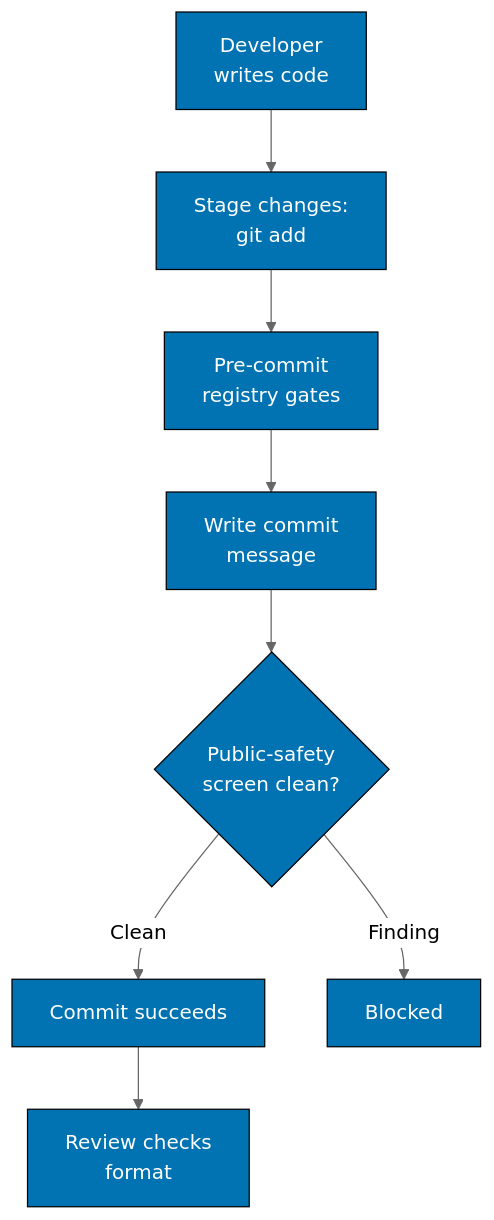
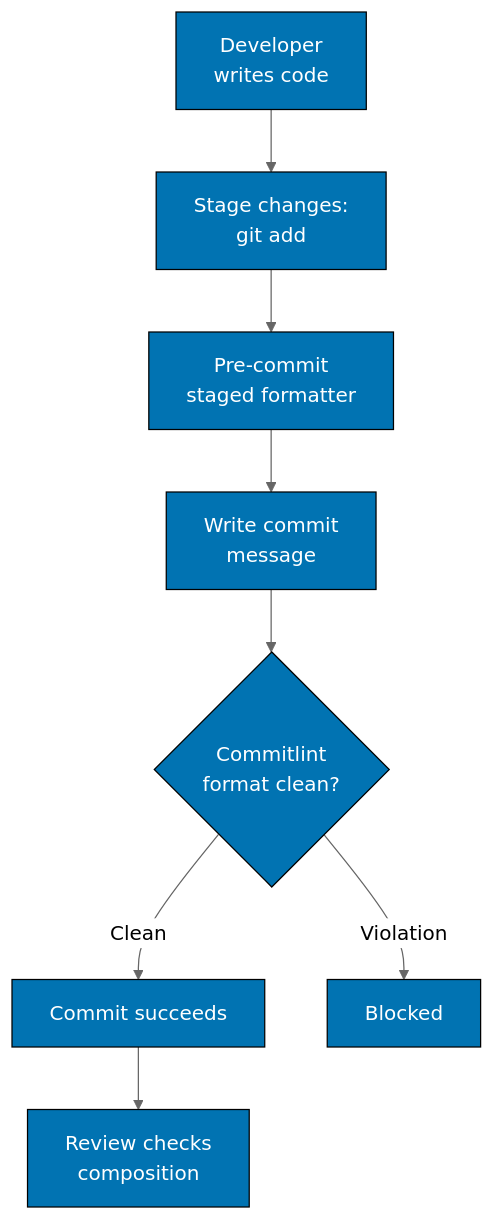
One commit to wahidyankf/ose-public changed the diagram in repo-governance/development/workflow/commit-messages/how-its-enforced.md. Above: the diagram before and after it, drawn with Mermaid (neutral theme). The commit also changed other lines of this file and 255 other files, not shown here.

````diff
--- a/repo-governance/development/workflow/commit-messages/how-its-enforced.md
+++ b/repo-governance/development/workflow/commit-messages/how-its-enforced.md
@@ -75,13 +79,13 @@
 ```mermaid
 flowchart TD
     accTitle: Commit message checks
-    accDescr: Developer writes code leads to Stage changes; Stage changes leads to Pre-commit gates; Pre-commit gates leads to Write commit message; Write commit message leads to Public-safety screen; the screen blocks a leak or lets the commit succeed; Review checks the format.
+    accDescr: Developer writes code leads to Stage changes; Stage changes leads to Pre-commit formatting; Pre-commit formatting leads to Write commit message; Write commit message leads to Commitlint; Commitlint blocks a bad format or lets the commit succeed; Review checks the thematic composition.
     W["Developer<br/>writes code"] --> S["Stage changes:<br/>git add"]
-    S --> P["Pre-commit<br/>registry gates"]
+    S --> P["Pre-commit<br/>staged formatter"]
     P --> M["Write commit<br/>message"]
-    M --> H{"Public-safety<br/>screen clean?"}
+    M --> H{"Commitlint<br/>format clean?"}
     H -->|Clean| OK["Commit succeeds"]
-    H -->|Finding| R["Blocked"]
-    OK --> RV["Review checks<br/>format"]
+    H -->|Violation| R["Blocked"]
+    OK --> RV["Review checks<br/>composition"]
     classDef default fill:#0173B2,stroke:#000000,color:#FFFFFF
 ```
````
